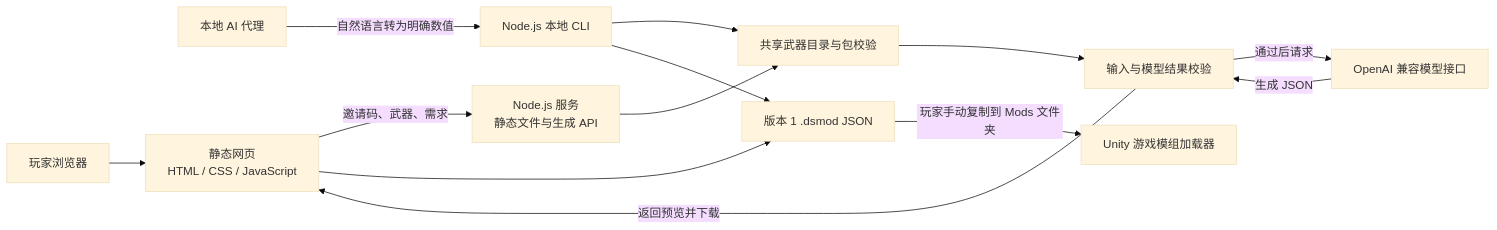
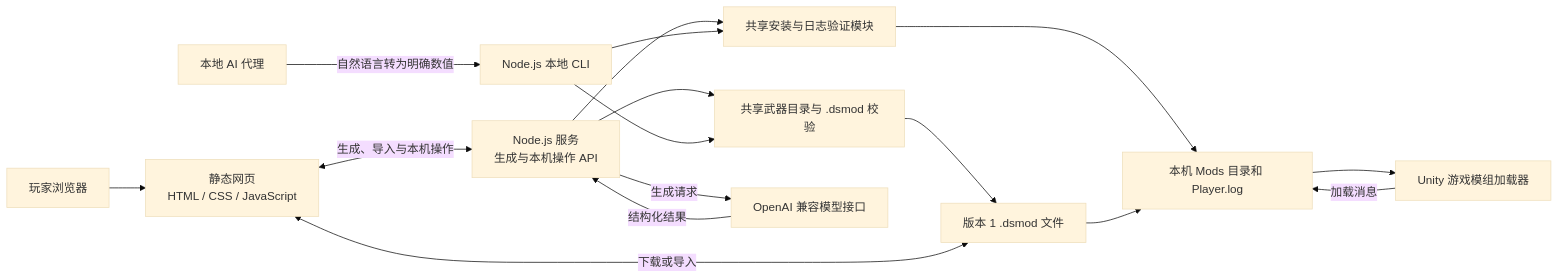
One commit to ck-711/Mod-Agent changed the diagram in README.md. Above: the diagram before and after it, drawn with Mermaid (base theme). The commit also changed other lines of this file and 10 other files, not shown here.

````diff
--- a/README.md
+++ b/README.md
@@ -24,26 +25,30 @@
 ```mermaid
 flowchart LR
     Player[玩家浏览器]
     Agent[本地 AI 代理]
     UI[静态网页<br/>HTML / CSS / JavaScript]
-    Server[Node.js 服务<br/>静态文件与生成 API]
+    Server[Node.js 服务<br/>生成与本机操作 API]
     CLI[Node.js 本地 CLI]
-    Catalog[共享武器目录与包校验]
-    Validate[输入与模型结果校验]
+    Contract[共享武器目录与 .dsmod 校验]
+    Local[共享安装与日志验证模块]
     Model[OpenAI 兼容模型接口]
-    Mod[版本 1 .dsmod JSON]
+    Mod[版本 1 .dsmod 文件]
+    Folder[本机 Mods 目录和 Player.log]
     Game[Unity 游戏模组加载器]
 
     Player --> UI
     Agent -->|自然语言转为明确数值| CLI
-    UI -->|邀请码、武器、需求| Server
-    Server --> Catalog
-    CLI --> Catalog
-    Catalog --> Validate
-    Validate -->|通过后请求| Model
-    Model -->|生成 JSON| Validate
-    Validate -->|返回预览并下载| UI
-    UI --> Mod
-    CLI --> Mod
-    Mod -->|玩家手动复制到 Mods 文件夹| Game
+    UI <-->|生成、导入与本机操作| Server
+    Server -->|生成请求| Model
+    Model -->|结构化结果| Server
+    Server --> Contract
+    CLI --> Contract
+    Server --> Local
+    CLI --> Local
+    Contract --> Mod
+    UI <-->|下载或导入| Mod
+    Local --> Folder
+    Mod --> Folder
+    Folder --> Game
+    Game -->|加载消息| Folder
 ```
````
